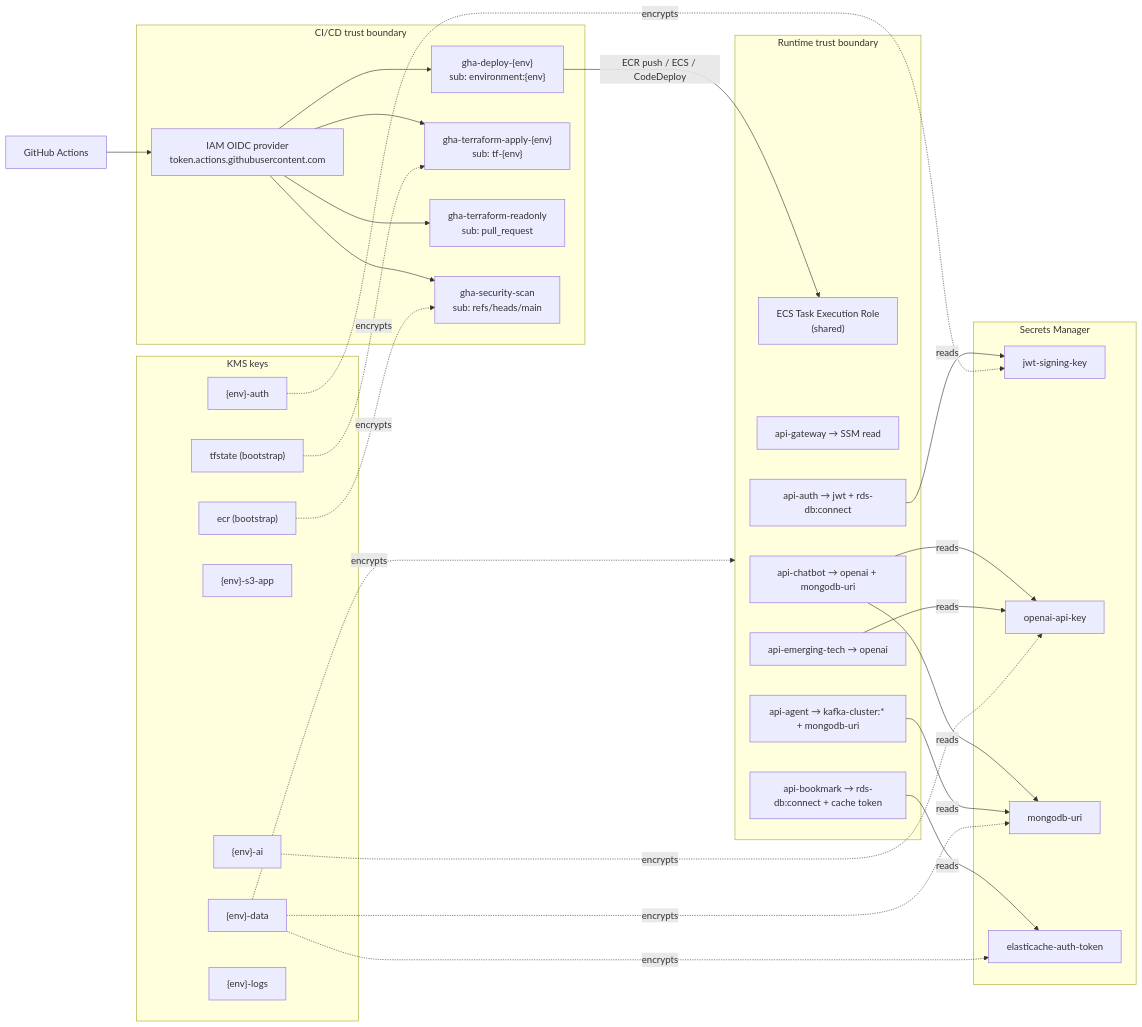
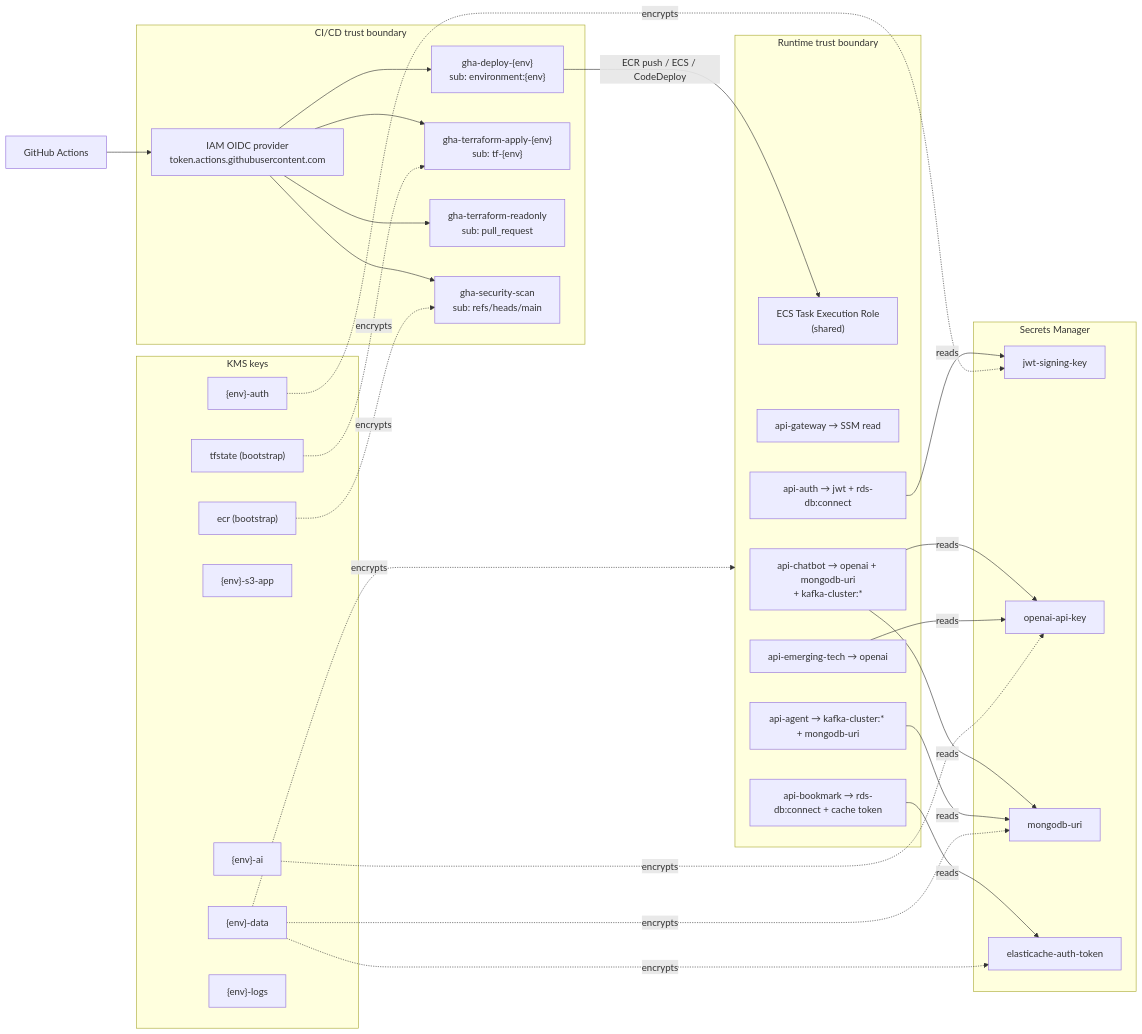
One commit to thswlsqls/tech-n-ai-backend changed the fourth of 4 diagrams in devops/aws/mermaid/architecture.md. Above: the diagram before and after it, drawn with Mermaid. The commit also changed other lines of this file and 19 other files, not shown here.

````diff
--- a/devops/aws/mermaid/architecture.md
+++ b/devops/aws/mermaid/architecture.md
@@ -180,59 +180,59 @@
 ```mermaid
 flowchart LR
     gha["GitHub Actions"]
 
     subgraph cicd["CI/CD trust boundary"]
         oidc["IAM OIDC provider<br/>token.actions.githubusercontent.com"]
         rdep["gha-deploy-{env}<br/>sub: environment:{env}"]
         rapply["gha-terraform-apply-{env}<br/>sub: tf-{env}"]
         rro["gha-terraform-readonly<br/>sub: pull_request"]
         rscan["gha-security-scan<br/>sub: refs/heads/main"]
     end
 
     subgraph runtime["Runtime trust boundary"]
         exec["ECS Task Execution Role<br/>(shared)"]
         t_gw["api-gateway → SSM read"]
         t_auth["api-auth → jwt + rds-db:connect"]
-        t_chat["api-chatbot → openai + mongodb-uri"]
+        t_chat["api-chatbot → openai + mongodb-uri<br/>+ kafka-cluster:*"]
         t_agent["api-agent → kafka-cluster:* + mongodb-uri"]
         t_book["api-bookmark → rds-db:connect + cache token"]
         t_et["api-emerging-tech → openai"]
     end
 
     subgraph kms["KMS keys"]
         k_state["tfstate (bootstrap)"]
         k_ecr["ecr (bootstrap)"]
         k_data["{env}-data"]
         k_s3["{env}-s3-app"]
         k_auth["{env}-auth"]
         k_ai["{env}-ai"]
         k_logs["{env}-logs"]
     end
 
     subgraph sm["Secrets Manager"]
         s_jwt["jwt-signing-key"]
         s_oai["openai-api-key"]
         s_mongo["mongodb-uri"]
         s_cache["elasticache-auth-token"]
     end
 
     gha --> oidc --> rdep & rapply & rro & rscan
     rdep -->|ECR push / ECS / CodeDeploy| exec
 
     t_auth -->|reads| s_jwt
     t_chat -->|reads| s_oai & s_mongo
     t_agent -->|reads| s_mongo
     t_book -->|reads| s_cache
     t_et -->|reads| s_oai
 
     k_auth -.encrypts.-> s_jwt
     k_ai -.encrypts.-> s_oai
     k_data -.encrypts.-> s_mongo & s_cache
     k_data -.encrypts.-> runtime
     k_ecr -.encrypts.-> rscan
     k_state -.encrypts.-> rapply
 
     %% 경계 통제: private-data 인터넷 격리, ECR IMMUTABLE+scan, S3 Object Lock GOVERNANCE, VPC Flow Logs
     %% 전송 구간: (prod) client→ALB HTTPS:443(ACM, TLS 종료), ALB→Fargate HTTP:80(백엔드), Aurora IAM DB auth, Valkey TLS+token, MSK TLS+IAM SASL
-    %% dev/beta 는 client→ALB 가 HTTP:80. dev 에서는 MSK가 없어 api-agent 의 kafka-cluster 권한이 미사용.
+    %% dev/beta 는 client→ALB 가 HTTP:80. dev 에서는 MSK가 없어 api-chatbot·api-agent 의 kafka-cluster 권한이 미사용.
 ```
````
